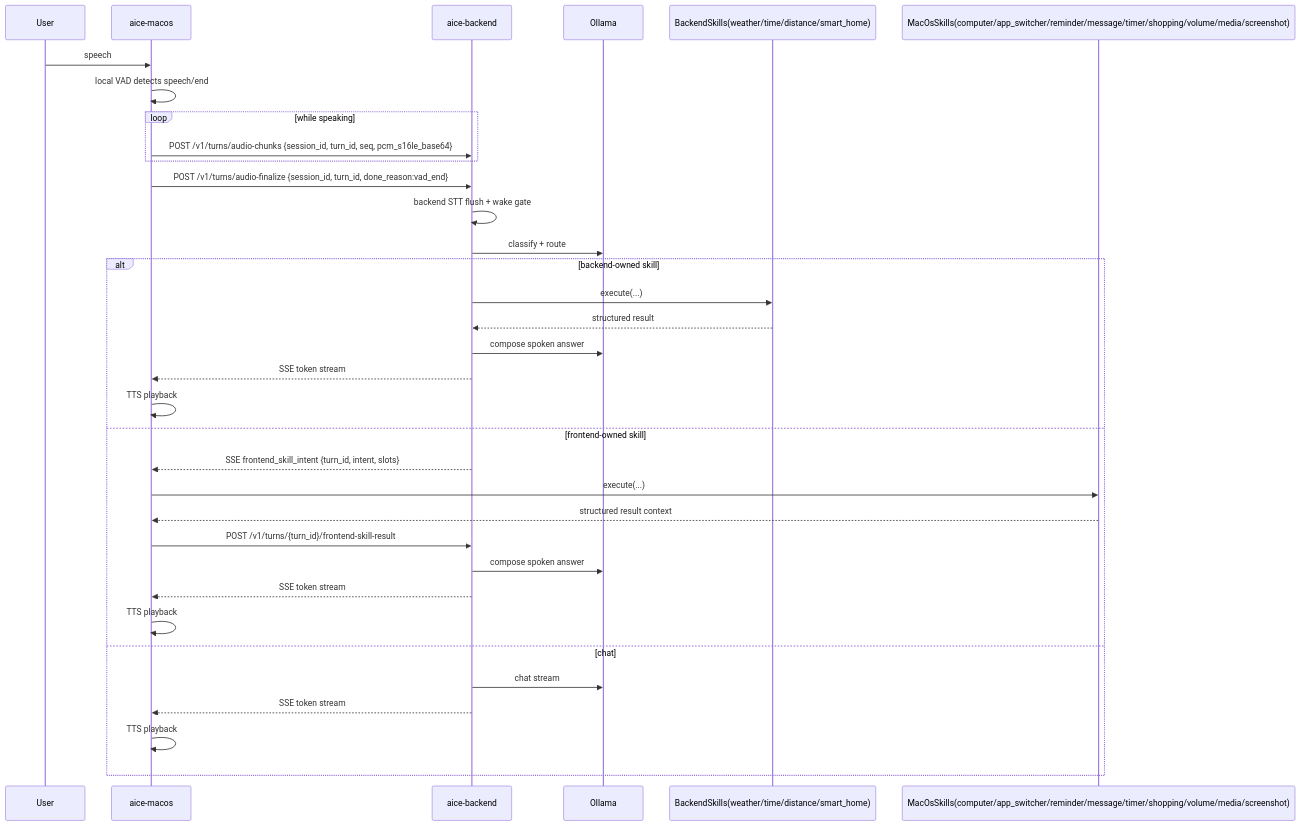
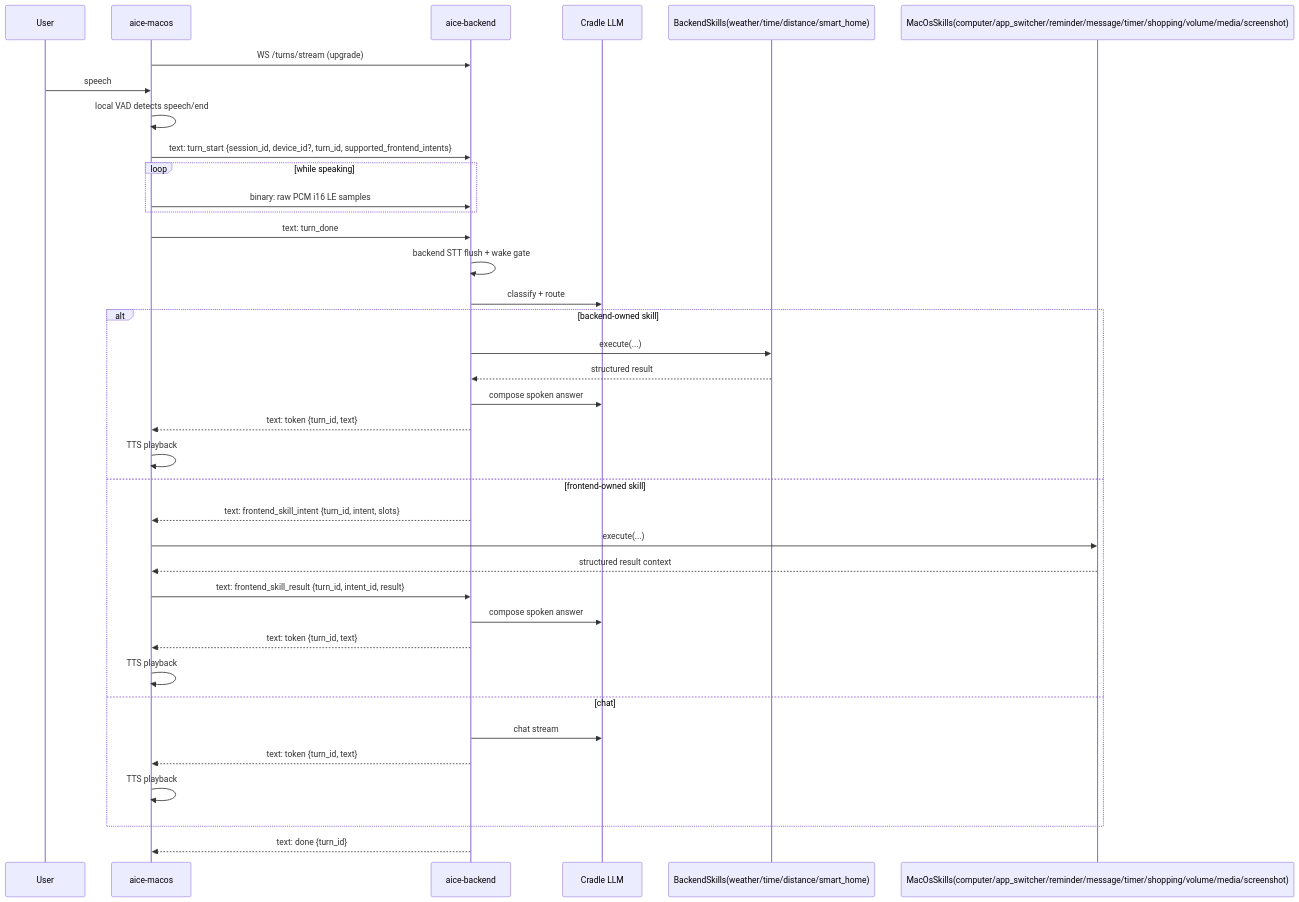
One commit to AncientiCe/aice changed the ninth of 16 diagrams in docs/architecture/README.md. Above: the diagram before and after it, drawn with Mermaid. The commit also changed other lines of this file and 11 other files, not shown here.

First line of the commit message:
WebSocket-only voice journey with binary audio

````diff
--- a/docs/architecture/README.md
+++ b/docs/architecture/README.md
@@ -255,37 +255,40 @@
 ```mermaid
 sequenceDiagram
     participant User
     participant Mac as aice-macos
     participant Core as aice-backend
-    participant LLM as Ollama
+    participant LLM as Cradle LLM
     participant SkillB as BackendSkills(weather/time/distance/smart_home)
     participant SkillM as MacOsSkills(computer/app_switcher/reminder/message/timer/shopping/volume/media/screenshot)
 
+    Mac->>Core: WS /turns/stream (upgrade)
     User->>Mac: speech
     Mac->>Mac: local VAD detects speech/end
+    Mac->>Core: text: turn_start {session_id, device_id?, turn_id, supported_frontend_intents}
     loop while speaking
-        Mac->>Core: POST /v1/turns/audio-chunks {session_id, turn_id, seq, pcm_s16le_base64}
+        Mac->>Core: binary: raw PCM i16 LE samples
     end
-    Mac->>Core: POST /v1/turns/audio-finalize {session_id, turn_id, done_reason:vad_end}
+    Mac->>Core: text: turn_done
     Core->>Core: backend STT flush + wake gate
     Core->>LLM: classify + route
     alt backend-owned skill
         Core->>SkillB: execute(...)
         SkillB-->>Core: structured result
         Core->>LLM: compose spoken answer
-        Core-->>Mac: SSE token stream
+        Core-->>Mac: text: token {turn_id, text}
         Mac->>Mac: TTS playback
     else frontend-owned skill
-        Core-->>Mac: SSE frontend_skill_intent {turn_id, intent, slots}
+        Core-->>Mac: text: frontend_skill_intent {turn_id, intent, slots}
         Mac->>SkillM: execute(...)
         SkillM-->>Mac: structured result context
-        Mac->>Core: POST /v1/turns/{turn_id}/frontend-skill-result
+        Mac->>Core: text: frontend_skill_result {turn_id, intent_id, result}
         Core->>LLM: compose spoken answer
-        Core-->>Mac: SSE token stream
+        Core-->>Mac: text: token {turn_id, text}
         Mac->>Mac: TTS playback
     else chat
         Core->>LLM: chat stream
-        Core-->>Mac: SSE token stream
+        Core-->>Mac: text: token {turn_id, text}
         Mac->>Mac: TTS playback
     end
+    Core-->>Mac: text: done {turn_id}
 ```
````
